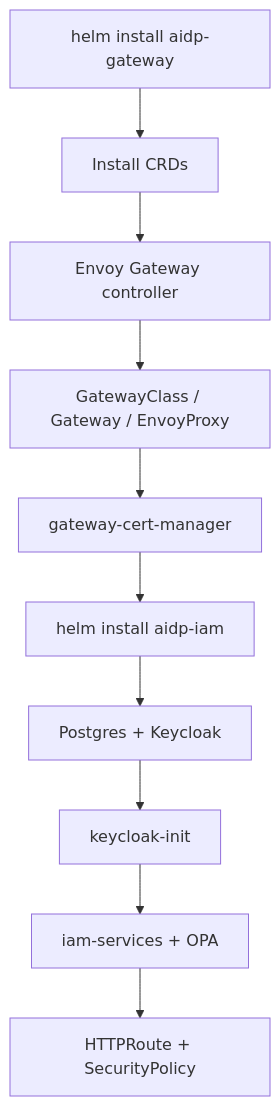
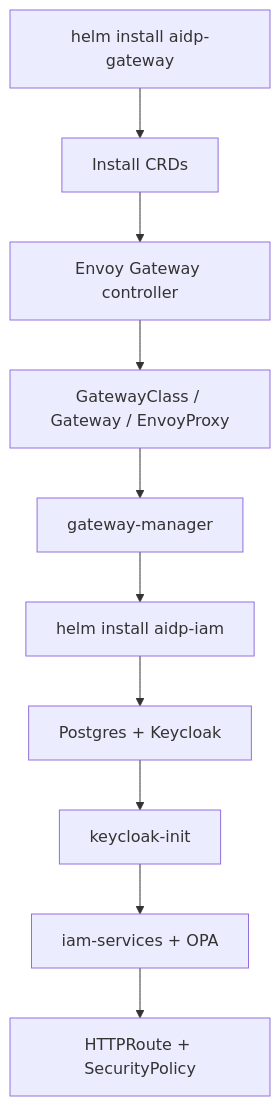
One commit to xiewanchao/aidp-iam changed the first of 2 diagrams in open-source-introduction-materials/story-one-click-deployment-cert-observability.md. Above: the diagram before and after it, drawn with Mermaid. The commit also changed other lines of this file and 27 other files, not shown here.

Commit message:
feat: add gateway manager log collection

````diff
--- a/open-source-introduction-materials/story-one-click-deployment-cert-observability.md
+++ b/open-source-introduction-materials/story-one-click-deployment-cert-observability.md
@@ -102,12 +102,12 @@
 ```mermaid
 flowchart TD
     A["helm install aidp-gateway"] --> B["Install CRDs"]
     B --> C["Envoy Gateway controller"]
     C --> D["GatewayClass / Gateway / EnvoyProxy"]
-    D --> E["gateway-cert-manager"]
+    D --> E["gateway-manager"]
     E --> F["helm install aidp-iam"]
     F --> G["Postgres + Keycloak"]
     G --> H["keycloak-init"]
     H --> I["iam-services + OPA"]
     I --> J["HTTPRoute + SecurityPolicy"]
 ```
````
